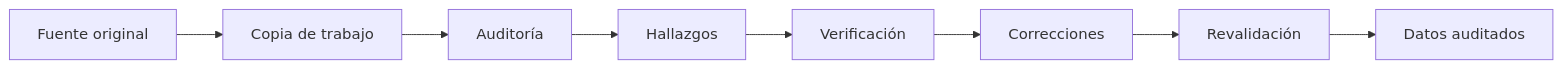
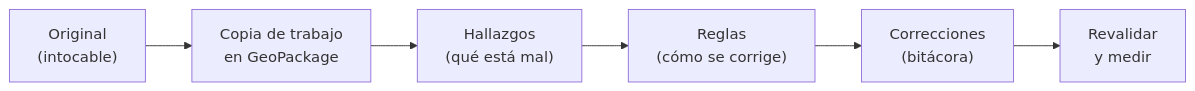
The diagram in docs/modulo-03/01-preparar-datos-confiables.md (CHpass369/106_curso_qgis_introductorio), drawn with Mermaid before and after one commit. The commit also changed other lines of this file and 8 other files, not shown here.

````diff
--- a/docs/modulo-03/01-preparar-datos-confiables.md
+++ b/docs/modulo-03/01-preparar-datos-confiables.md
@@ -78,10 +55,8 @@
 ```mermaid
 flowchart LR
-    A["Fuente original"] --> B["Copia de trabajo"]
-    B --> C["Auditoría"]
-    C --> D["Hallazgos"]
-    D --> E["Verificación"]
-    E --> F["Correcciones"]
-    F --> G["Revalidación"]
-    G --> H["Datos auditados"]
+    A["Original<br/>(intocable)"] --> B["Copia de trabajo<br/>en GeoPackage"]
+    B --> C["Hallazgos<br/>(qué está mal)"]
+    C --> D["Reglas<br/>(cómo se corrige)"]
+    D --> E["Correcciones<br/>(bitácora)"]
+    E --> F["Revalidar<br/>y medir"]
 ```
````
